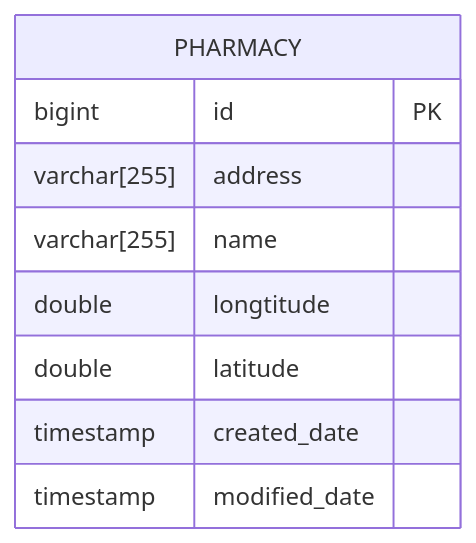
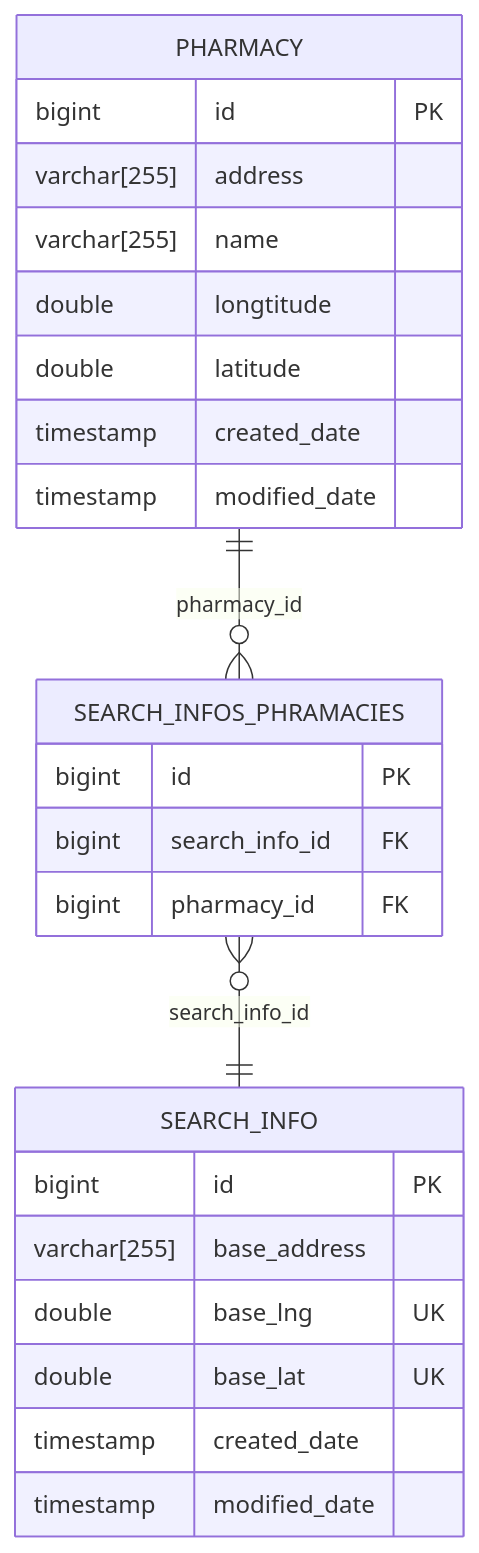
Before and after one commit to GuardJo/pharmacy-explorer: the second of 2 diagrams in README.md, drawn with Mermaid. The commit also changed other lines of this file and 1 other file, not shown here.

````diff
--- a/README.md
+++ b/README.md
@@ -55,12 +55,30 @@
 ```mermaid
 erDiagram
     PHARMACY {
         bigint id PK
         varchar[255] address
         varchar[255] name
         double longtitude
         double latitude
         timestamp created_date
         timestamp modified_date
     }
+
+    SEARCH_INFO {
+        bigint id PK
+        varchar[255] base_address
+        double base_lng UK
+        double base_lat UK
+        timestamp created_date
+        timestamp modified_date
+    }
+
+    SEARCH_INFOS_PHRAMACIES {
+        bigint id PK
+        bigint search_info_id FK
+        bigint pharmacy_id FK
+    }
+
+    PHARMACY || -- o{ SEARCH_INFOS_PHRAMACIES: pharmacy_id
+    SEARCH_INFOS_PHRAMACIES }o -- || SEARCH_INFO: search_info_id
 ```
````
